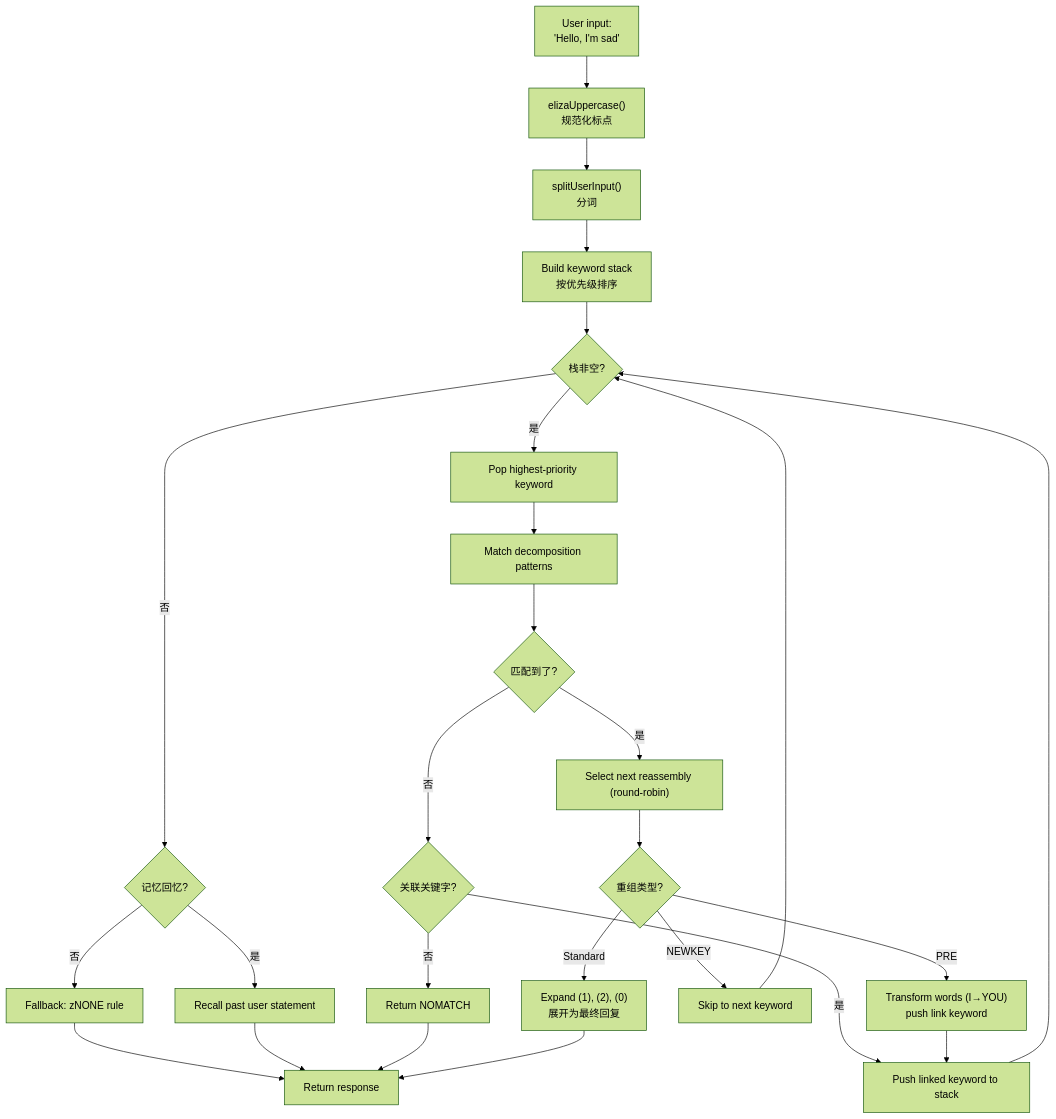
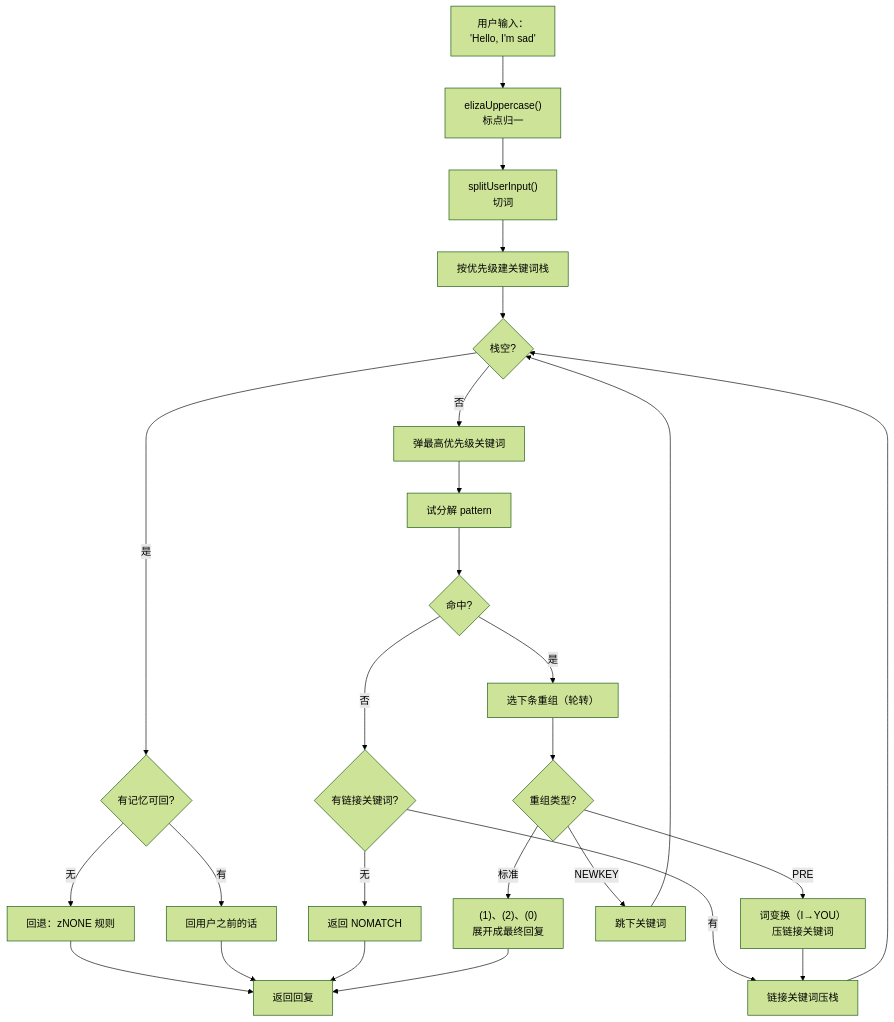
One commit to fox3000foxy/fox3000foxy.github.io changed the first of 2 diagrams in public/articles/zh/from-eliza-to-llm-chatbots-typescript.md. Above: the diagram before and after it, drawn with Mermaid (forest theme). The commit also changed other lines of this file and 576 other files, not shown here.

````diff
--- a/public/articles/zh/from-eliza-to-llm-chatbots-typescript.md
+++ b/public/articles/zh/from-eliza-to-llm-chatbots-typescript.md
@@ -93,28 +92,28 @@
 ```mermaid
 flowchart TD
-    A["User input:<br>'Hello, I'm sad'"] --> B["elizaUppercase()<br>规范化标点"]
-    B --> C["splitUserInput()<br>分词"]
-    C --> D["Build keyword stack<br>按优先级排序"]
-    D --> E{"栈非空?"}
-    E -->|"是"| F["Pop highest-priority keyword"]
-    E -->|"否"| G{"记忆回忆?"}
-    G -->|"是"| H["Recall past user statement"]
-    G -->|"否"| I["Fallback: zNONE rule"]
-    I --> J["Return response"]
+    A["用户输入：<br>'Hello, I'm sad'"] --> B["elizaUppercase()<br>标点归一"]
+    B --> C["splitUserInput()<br>切词"]
+    C --> D["按优先级建关键词栈"]
+    D --> E{"栈空?"}
+    E -->|"否"| F["弹最高优先级关键词"]
+    E -->|"是"| G{"有记忆可回?"}
+    G -->|"有"| H["回用户之前的话"]
+    G -->|"无"| I["回退：zNONE 规则"]
+    I --> J["返回回复"]
     H --> J
-    F --> K["Match decomposition patterns"]
-    K --> L{"匹配到了?"}
-    L -->|"否"| M{"关联关键字?"}
-    M -->|"是"| N["Push linked keyword to stack"]
+    F --> K["试分解 pattern"]
+    K --> L{"命中?"}
+    L -->|"否"| M{"有链接关键词?"}
+    M -->|"有"| N["链接关键词压栈"]
     N --> E
-    M -->|"否"| O["Return NOMATCH"]
+    M -->|"无"| O["返回 NOMATCH"]
     O --> J
-    L -->|"是"| P["Select next reassembly (round-robin)"]
+    L -->|"是"| P["选下条重组（轮转）"]
     P --> Q{"重组类型?"}
-    Q -->|"PRE"| R["Transform words (I→YOU)<br>push link keyword"]
+    Q -->|"PRE"| R["词变换（I→YOU）<br>压链接关键词"]
     R --> N
-    Q -->|"NEWKEY"| S["Skip to next keyword"]
+    Q -->|"NEWKEY"| S["跳下关键词"]
     S --> E
-    Q -->|"Standard"| T["Expand (1), (2), (0)<br>展开为最终回复"]
+    Q -->|"标准"| T["(1)、(2)、(0)<br>展开成最终回复"]
     T --> J
 ```
````
